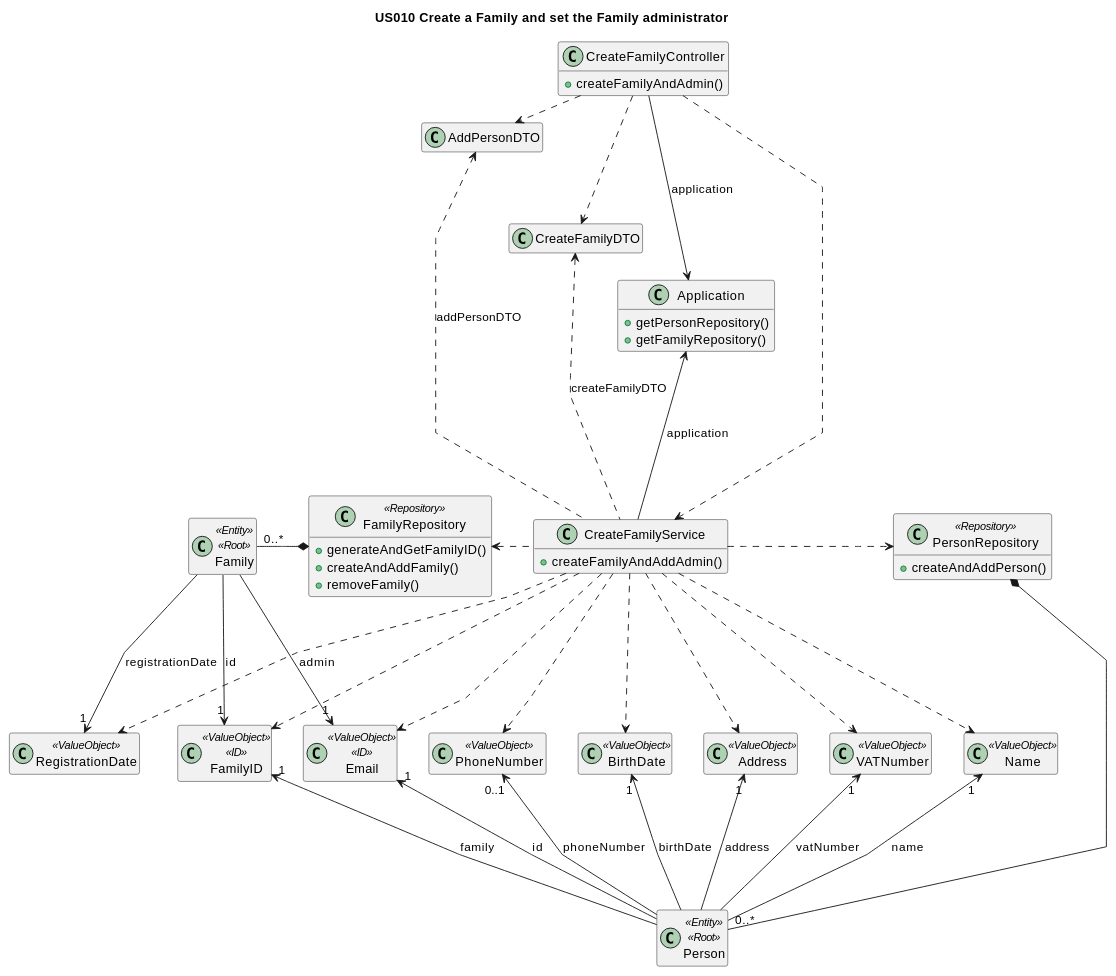
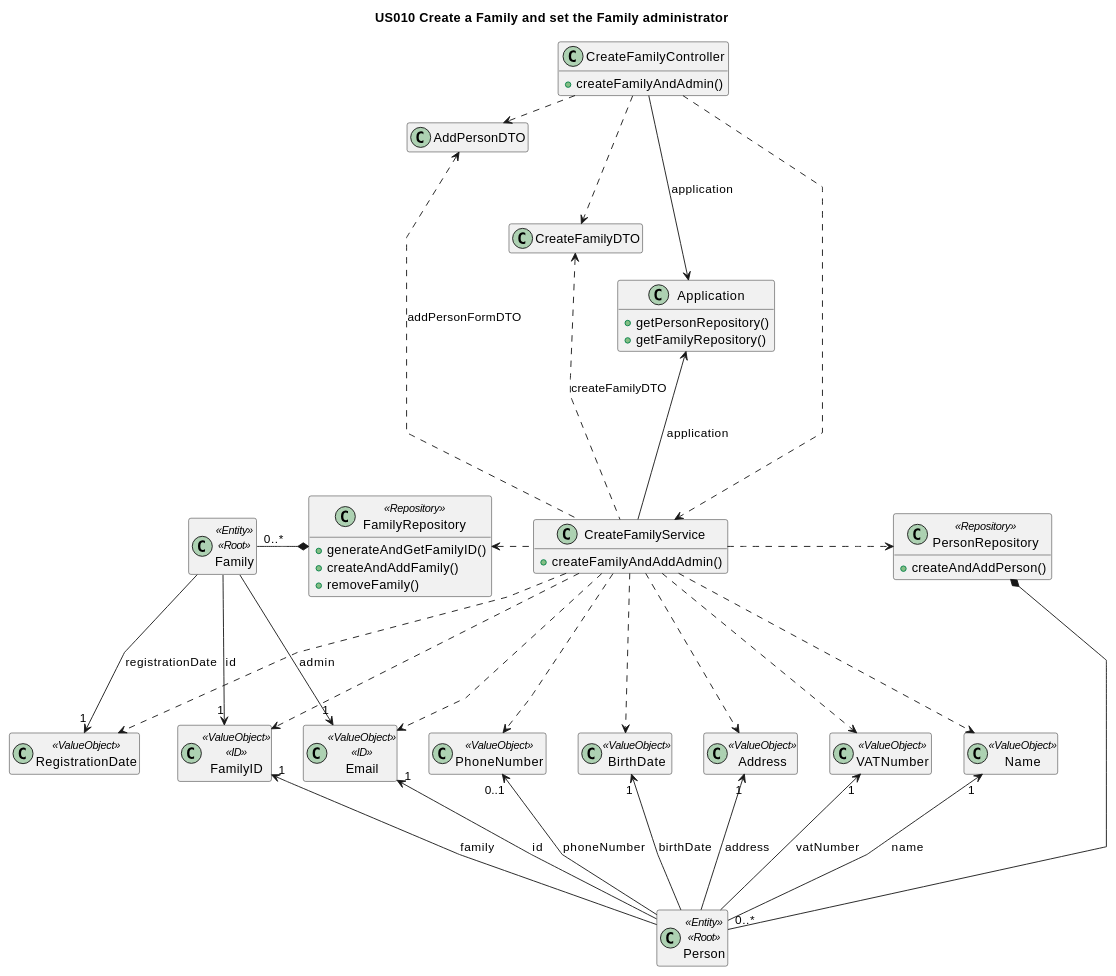
The fourth of 4 diagrams in docs/sprint3/user_stories/US001_CreateStandarCategory.md (tomas-osswald/switch_2020_g3), drawn with PlantUML before and after one commit. The commit also changed other lines of this file and 16 other files, not shown here.

```diff
--- a/docs/sprint3/user_stories/US001_CreateStandarCategory.md
+++ b/docs/sprint3/user_stories/US001_CreateStandarCategory.md
@@ -250,7 +250,7 @@
 
 CreateFamilyService -u-> Application : application
 CreateFamilyService .u> CreateFamilyDTO : createFamilyDTO
-CreateFamilyService .u> AddPersonDTO : addPersonDTO
+CreateFamilyService .u> AddPersonDTO : addPersonFormDTO
 CreateFamilyService --.l--> FamilyRepository
 CreateFamilyService .r> PersonRepository
 CreateFamilyService -d-.> FamilyID
```
